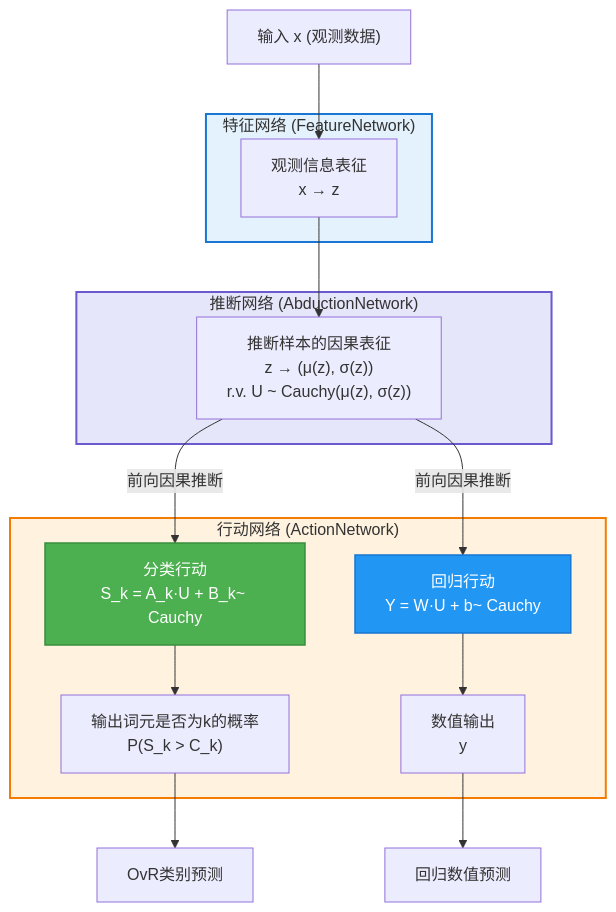
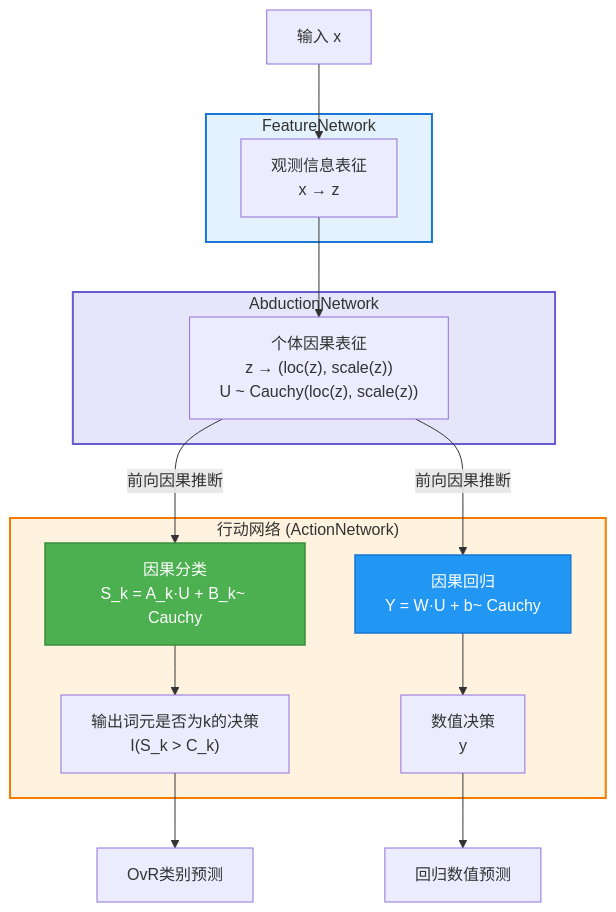
The first of 2 diagrams in 02-technology/causal_llm_construction_v3.md (1587causalai/causal-ai-whitepaper), drawn with Mermaid before and after one commit. The commit also changed other lines of this file, not shown here.

````diff
--- a/02-technology/causal_llm_construction_v3.md
+++ b/02-technology/causal_llm_construction_v3.md
@@ -15,31 +15,31 @@
 ```mermaid
 graph TD
-    input_x["输入 x (观测数据)"] --> feature_z
+    input_x["输入 x"] --> feature_z
     
-    subgraph FN ["特征网络 (FeatureNetwork)"]
+    subgraph FN [" FeatureNetwork"]
         feature_z["观测信息表征<br/>x → z"]
     end
     
     feature_z --> causal_U
     
-    subgraph ABN ["推断网络 (AbductionNetwork)"]
-        causal_U["推断样本的因果表征<br/>z → (μ(z), σ(z)) <br/>r.v. U ~ Cauchy(μ(z), σ(z))"]
+    subgraph ABN ["AbductionNetwork"]
+        causal_U["个体因果表征<br/>z → (loc(z), scale(z)) <br/> U ~ Cauchy(loc(z), scale(z))"]
     end
     
     subgraph ACN ["行动网络 (ActionNetwork)"]
-        causal_U -- "前向因果推断" --> classification_action["分类行动<br/>S_k = A_k·U + B_k~ Cauchy"]
-        causal_U -- "前向因果推断" --> regression_action["回归行动<br/>Y = W·U + b~ Cauchy"]
+        causal_U -- "前向因果推断" --> classification_action["因果分类<br/>S_k = A_k·U + B_k~ Cauchy"]
+        causal_U -- "前向因果推断" --> regression_action["因果回归<br/>Y = W·U + b~ Cauchy"]
         
-        classification_action --> probability_output["输出词元是否为k的概率<br/>P(S_k > C_k)"]
-        regression_action --> numerical_output["数值输出<br/>y "]
+        classification_action --> probability_output["输出词元是否为k的决策<br/>I(S_k > C_k)"]
+        regression_action --> numerical_output["数值决策<br/>y "]
     end
     
     probability_output --> ovr_prediction["OvR类别预测"]
     numerical_output --> regression_prediction["回归数值预测"]
     
     style FN fill:#e3f2fd,stroke:#1976d2,stroke-width:2px
     style ABN fill:#e6e6fa,stroke:#6a5acd,stroke-width:2px
     style ACN fill:#fff3e0,stroke:#f57c00,stroke-width:2px
     style classification_action fill:#4caf50,color:#fff,stroke:#388e3c,stroke-width:1.5px
     style regression_action fill:#2196f3,color:#fff,stroke:#1976d2,stroke-width:1.5px
 ```
````
